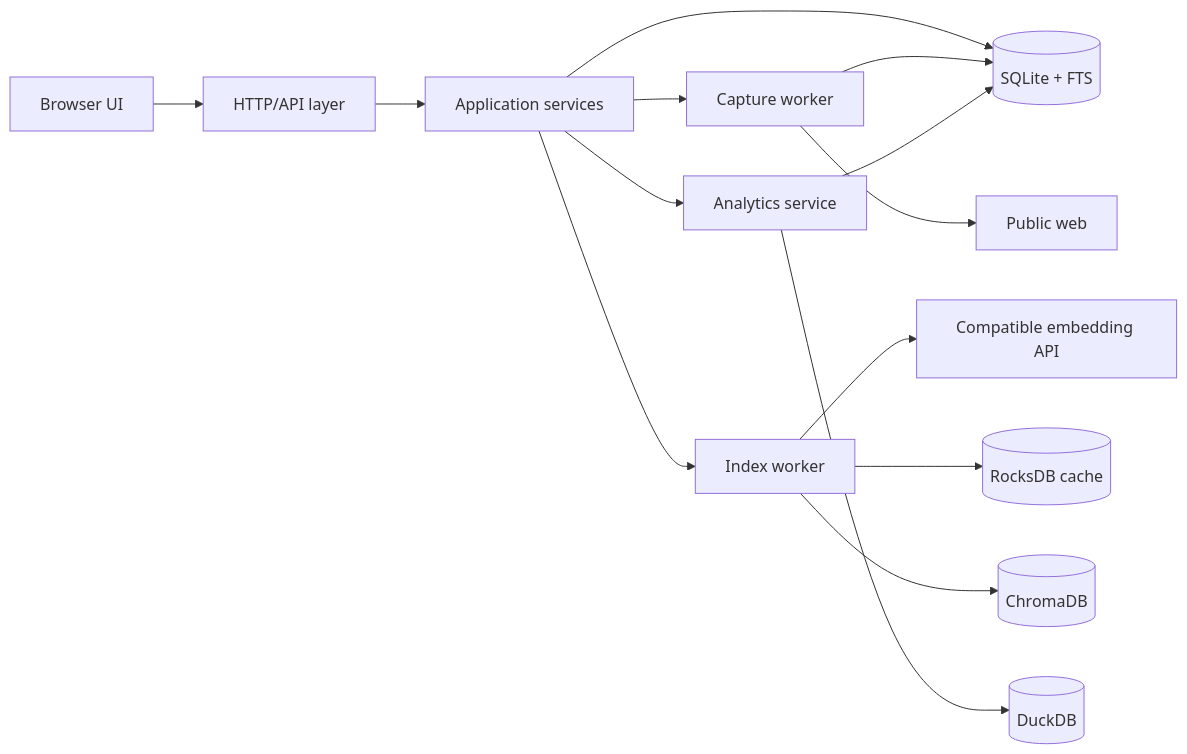
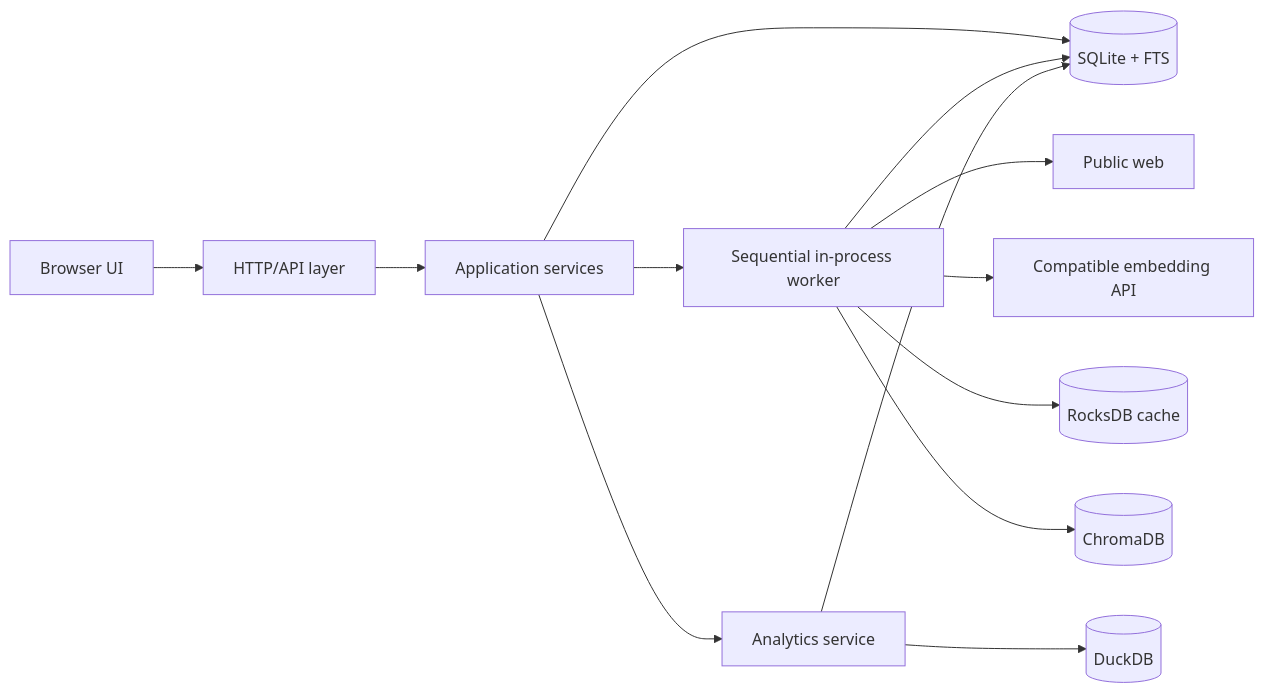
Before and after one commit to ryantr-statinops/InfoBoard: the diagram in docs/architecture/system-overview.md, drawn with Mermaid. The commit also changed other lines of this file and 6 other files, not shown here.

Commit message:
docs(architecture): lock URL provider worker and analytics policies

````diff
--- a/docs/architecture/system-overview.md
+++ b/docs/architecture/system-overview.md
@@ -7,16 +7,15 @@
 ```mermaid
 flowchart LR
     UI[Browser UI] --> HTTP[HTTP/API layer]
     HTTP --> APP[Application services]
     APP --> SQL[(SQLite + FTS)]
-    APP --> CAP[Capture worker]
-    CAP --> WEB[Public web]
-    CAP --> SQL
-    APP --> IDX[Index worker]
-    IDX --> EMB[Compatible embedding API]
-    IDX --> ROCK[(RocksDB cache)]
-    IDX --> CHROMA[(ChromaDB)]
+    APP --> WORKER[Sequential in-process worker]
+    WORKER --> WEB[Public web]
+    WORKER --> SQL
+    WORKER --> EMB[Compatible embedding API]
+    WORKER --> ROCK[(RocksDB cache)]
+    WORKER --> CHROMA[(ChromaDB)]
     APP --> ANA[Analytics service]
     ANA --> DUCK[(DuckDB)]
     ANA --> SQL
 ```
````
